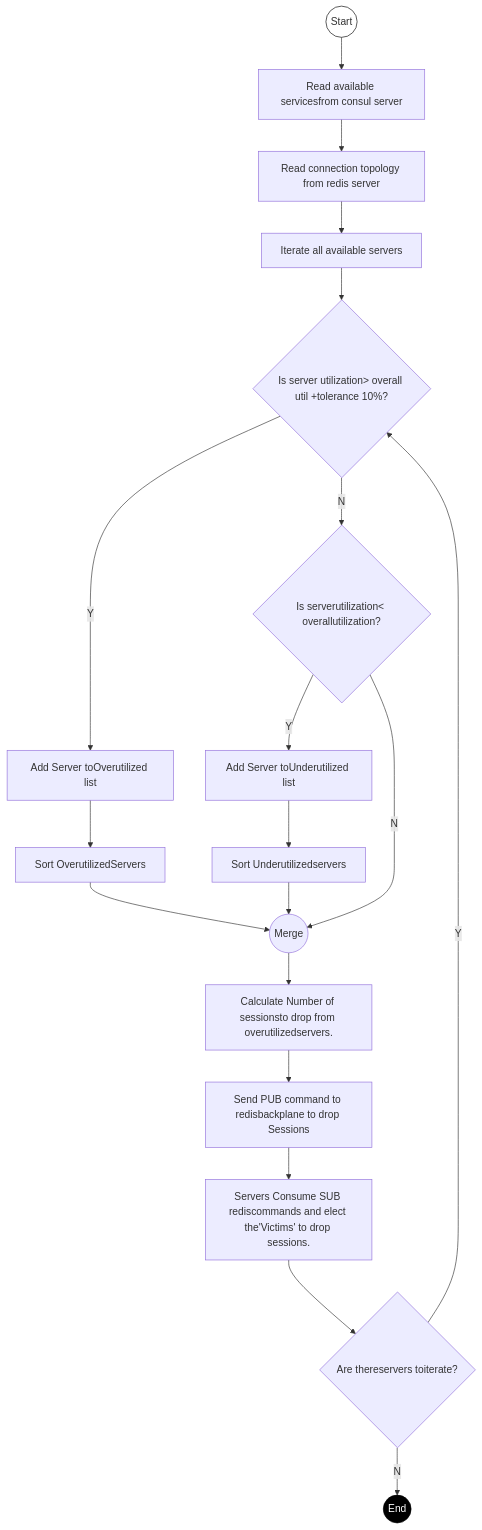
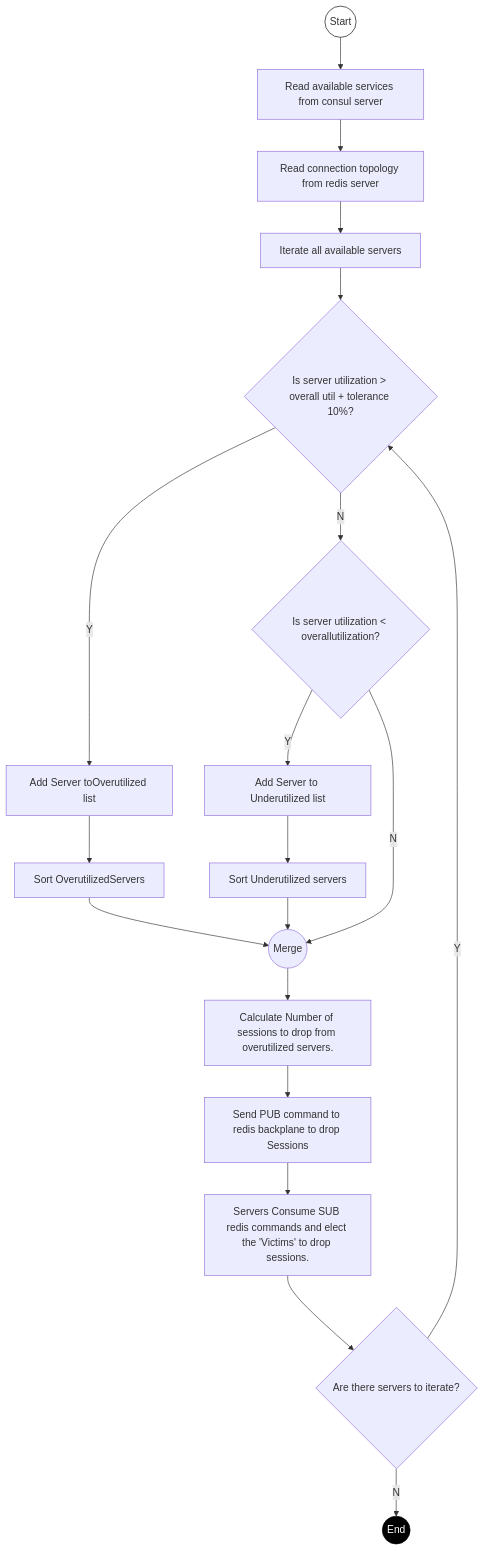
One commit to jhonnyJET/connection-rebalancer changed the first of 2 diagrams in README.md. Above: the diagram before and after it, drawn with Mermaid. The commit also changed other lines of this file, not shown here.

Commit message:
WC-XX [BE] add mermaid flow charts explainig scaling/rebalancing

````diff
--- a/README.md
+++ b/README.md
@@ -10,24 +10,24 @@
 ```mermaid
 flowchart TD
-    Start((Start)) --> A[Read available servicesfrom consul server]
+    Start((Start)) --> A[Read available services from consul server]
     A --> B[Read connection topology from redis server]
     B --> C[Iterate all available servers]
-    C --> D{Is server utilization> overall util +tolerance 10%?}
+    C --> D{Is server utilization > overall util + tolerance 10%?}
     D -- Y --> E[Add Server toOverutilized list]
     E --> F[Sort OverutilizedServers]
     F --> Merge((Merge))
-    D -- N --> G{Is serverutilization< overallutilization?}
-    G -- Y --> H[Add Server toUnderutilized list]
-    H --> I[Sort Underutilizedservers]
+    D -- N --> G{Is server utilization < overallutilization?}
+    G -- Y --> H[Add Server to Underutilized list]
+    H --> I[Sort Underutilized servers]
     I --> Merge
     G -- N --> Merge
-    Merge --> J[Calculate Number of sessionsto drop from overutilizedservers.]
-    J --> K[Send PUB command to redisbackplane to drop Sessions]
-    K --> L[Servers Consume SUB rediscommands and elect the'Victims' to drop sessions.]
-    L --> M{Are thereservers toiterate?}
+    Merge --> J[Calculate Number of sessions to drop from overutilized servers.]
+    J --> K[Send PUB command to redis backplane to drop Sessions]
+    K --> L[Servers Consume SUB redis commands and elect the 'Victims' to drop sessions.]
+    L --> M{Are there servers to iterate?}
     M -- Y --> D
     M -- N --> End((End))
 
     style Start fill:#fff,stroke:#000
     style End fill:#000,stroke:#000,color:#fff
 ```
````
